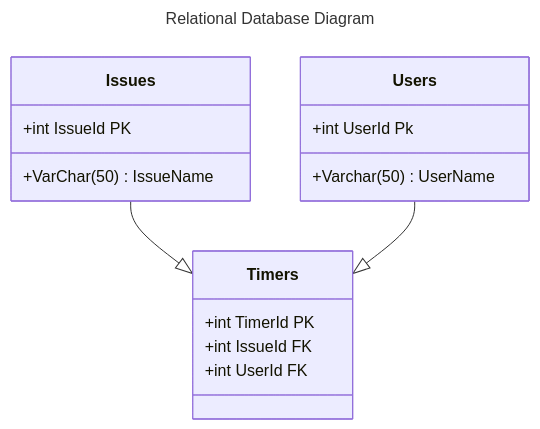
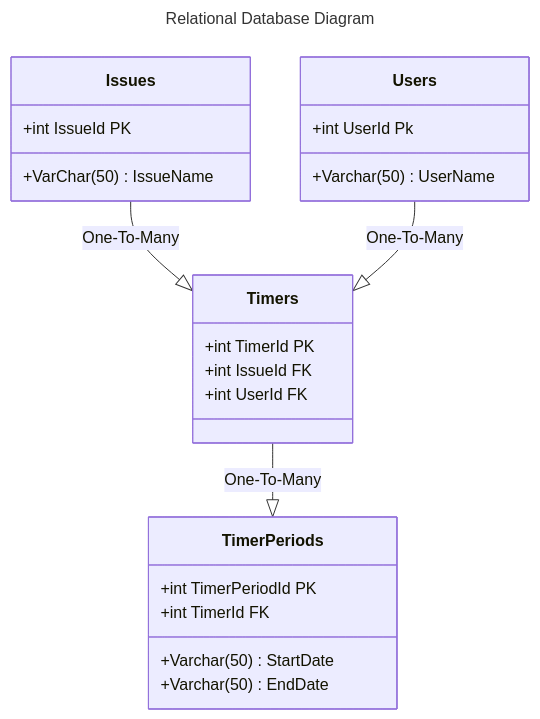
The diagram in Readme.md (GrantRynders/Github-Extension-Project), drawn with Mermaid before and after one commit. The commit also changed other lines of this file, not shown here.

Commit message:
Documentation chanes

````diff
--- a/Readme.md
+++ b/Readme.md
@@ -7,22 +7,29 @@
 ```mermaid
 ---
 title: Relational Database Diagram
 ---
 classDiagram
-Issues --|> Timers
-Users --|> Timers 
+Issues --|> Timers : One-To-Many
+Users --|> Timers : One-To-Many
+Timers --|> TimerPeriods : One-To-Many
 class Issues{
     +int IssueId PK
     +VarChar(50) IssueName
 }
 class Users{
     +int UserId Pk
     +Varchar(50) UserName
 }
 class Timers{
     +int TimerId PK
     +int IssueId FK
     +int UserId FK
 }
+class TimerPeriods{
+    +int TimerPeriodId PK
+    +int TimerId FK
+    +Varchar(50) StartDate
+    +Varchar(50) EndDate
+}
 
 ```
````
